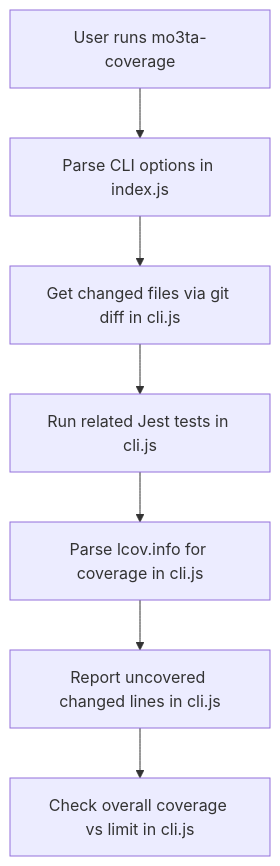
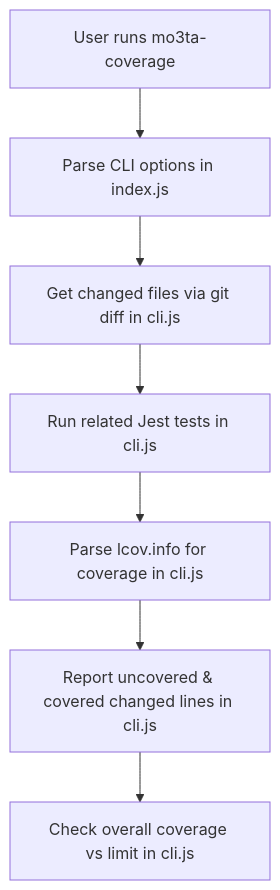
Before and after one commit to MahmoudMabrok/mo3ta-coverage: the diagram in README.md, drawn with Mermaid. The commit also changed other lines of this file and 3 other files, not shown here.

Commit message:
Add --showCovered option to CLI for displaying covered changed lines

````diff
--- a/README.md
+++ b/README.md
@@ -38,9 +40,9 @@
 ```mermaid
 flowchart TD
     A[User runs mo3ta-coverage] --> B[Parse CLI options in index.js]
     B --> C[Get changed files via git diff in cli.js]
     C --> D[Run related Jest tests in cli.js]
     D --> E[Parse lcov.info for coverage in cli.js]
-    E --> F[Report uncovered changed lines in cli.js]
+    E --> F[Report uncovered & covered changed lines in cli.js]
     F --> G[Check overall coverage vs limit in cli.js]
 ```
````
